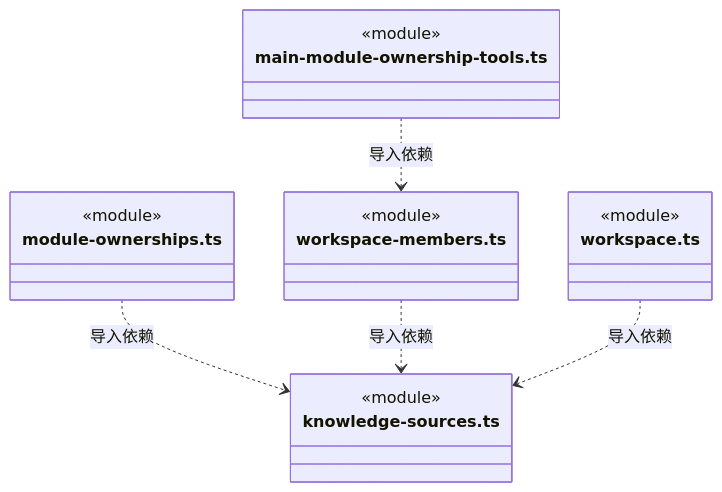
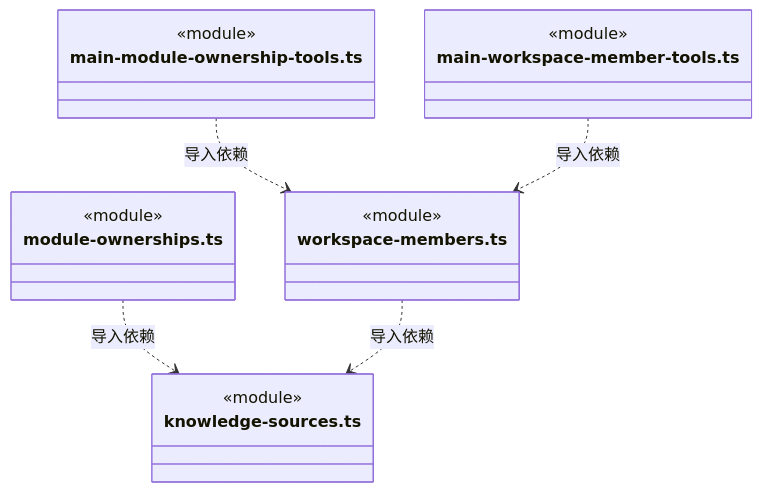
One commit to nan023062/cbim changed diagram 24 of 26 in src/backend/main/workspace/ARCHITECTURE.md. Above: the diagram before and after it, drawn with Mermaid. The commit also changed other lines of this file and 29 other files, not shown here.

Commit message:
feat(team): enable governed main-agent member changes (#36)

````diff
--- a/src/backend/main/workspace/ARCHITECTURE.md
+++ b/src/backend/main/workspace/ARCHITECTURE.md
@@ -540,22 +554,22 @@
 ```mermaid
 classDiagram
 class N_src_backend_main_workspace_main_module_ownership_tools_ts["main-module-ownership-tools.ts"] {
   <<module>>
 }
 class N_src_backend_main_workspace_workspace_members_ts["workspace-members.ts"] {
   <<module>>
 }
+class N_src_backend_main_workspace_main_workspace_member_tools_ts["main-workspace-member-tools.ts"] {
+  <<module>>
+}
 class N_src_backend_main_workspace_module_ownerships_ts["module-ownerships.ts"] {
   <<module>>
 }
 class N_src_backend_main_workspace_knowledge_sources_ts["knowledge-sources.ts"] {
   <<module>>
 }
-class N_src_backend_main_workspace_workspace_ts["workspace.ts"] {
-  <<module>>
-}
 N_src_backend_main_workspace_main_module_ownership_tools_ts ..> N_src_backend_main_workspace_workspace_members_ts : 导入依赖
+N_src_backend_main_workspace_main_workspace_member_tools_ts ..> N_src_backend_main_workspace_workspace_members_ts : 导入依赖
 N_src_backend_main_workspace_module_ownerships_ts ..> N_src_backend_main_workspace_knowledge_sources_ts : 导入依赖
 N_src_backend_main_workspace_workspace_members_ts ..> N_src_backend_main_workspace_knowledge_sources_ts : 导入依赖
-N_src_backend_main_workspace_workspace_ts ..> N_src_backend_main_workspace_knowledge_sources_ts : 导入依赖
 ```
````
